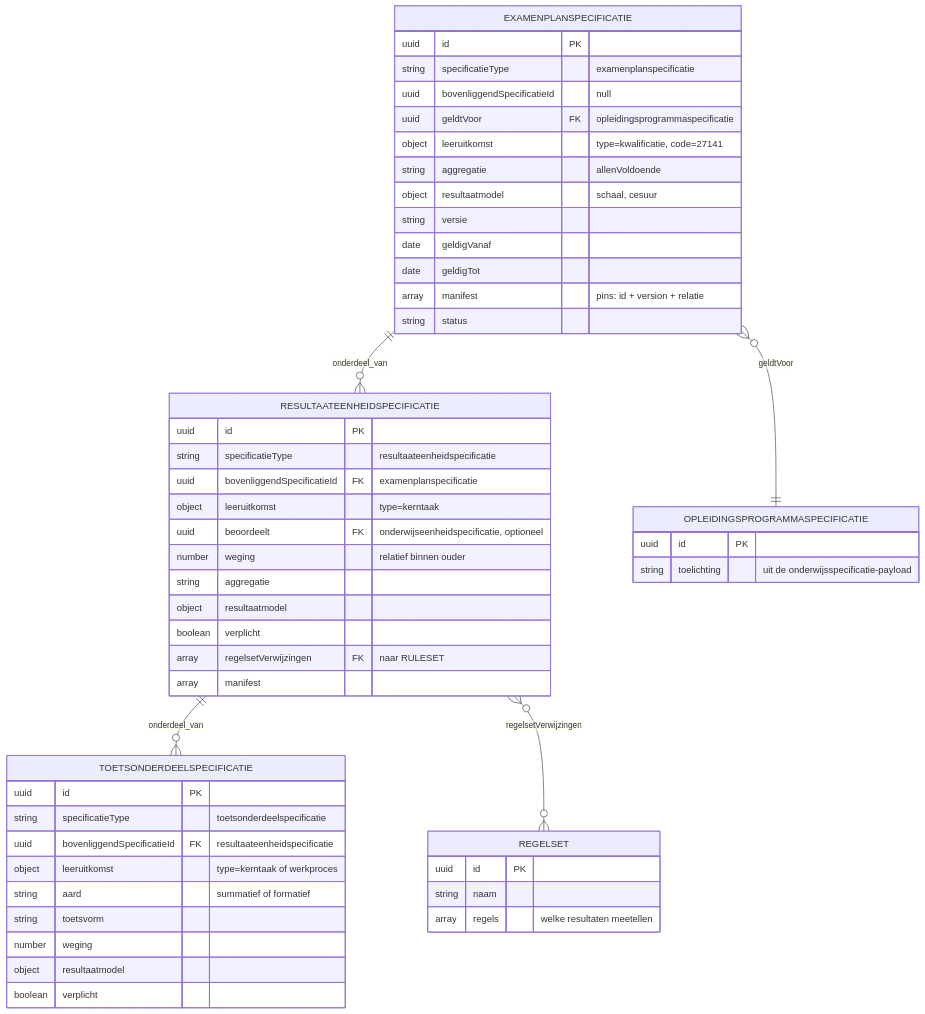
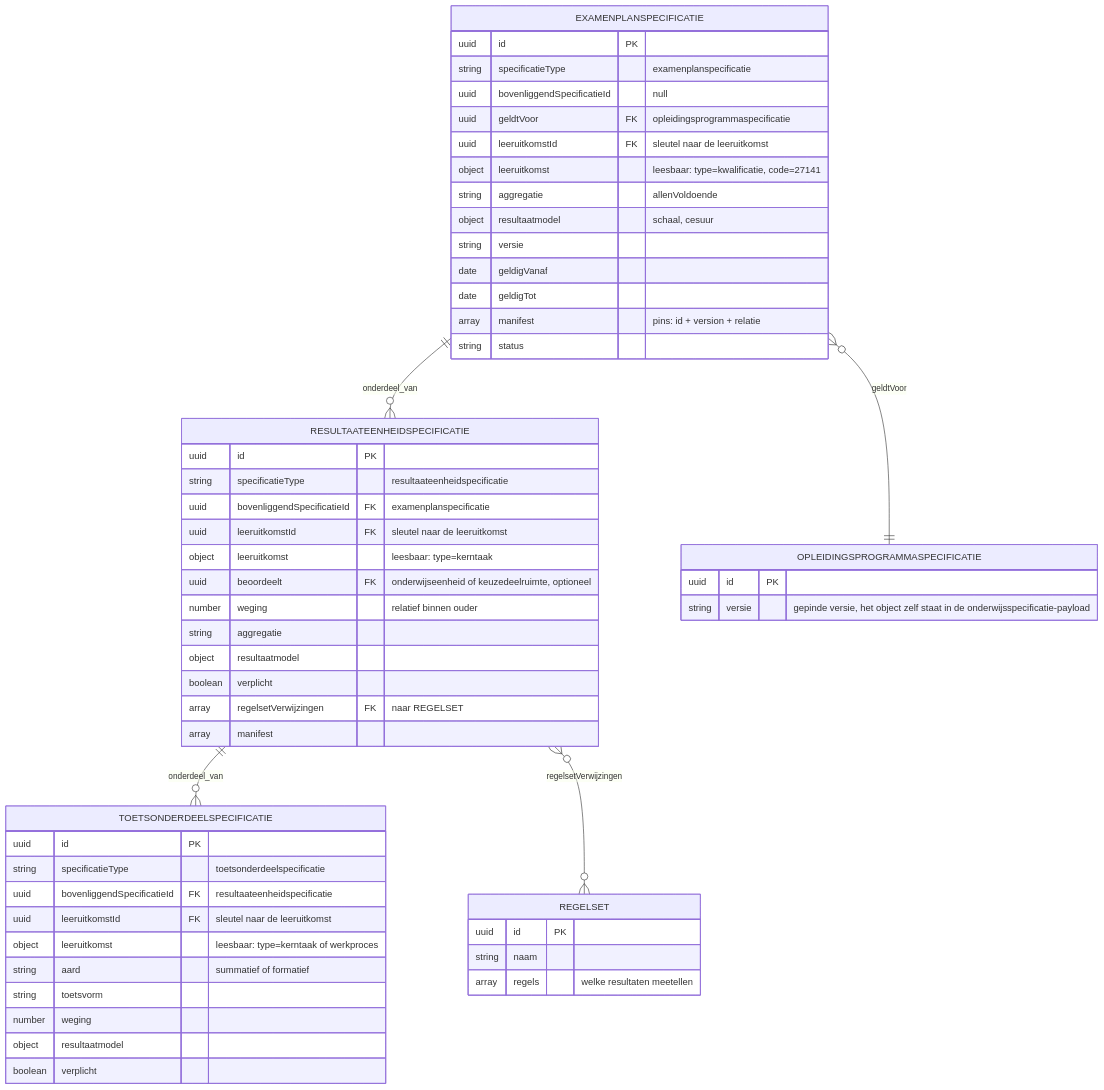
One commit to Npuls-OKx/meta changed the second of 2 diagrams in architecture/agent-artifacts/design-docs/koppelingspecificaties/oc-sis-krs-svs/20260720_0831_okx-lr1-resultaatstructuur-examenplan.md. Above: the diagram before and after it, drawn with Mermaid. The commit also changed other lines of this file and 12 other files, not shown here.

````diff
--- a/architecture/agent-artifacts/design-docs/koppelingspecificaties/oc-sis-krs-svs/20260720_0831_okx-lr1-resultaatstructuur-examenplan.md
+++ b/architecture/agent-artifacts/design-docs/koppelingspecificaties/oc-sis-krs-svs/20260720_0831_okx-lr1-resultaatstructuur-examenplan.md
@@ -88,55 +88,58 @@
 ```mermaid
 erDiagram
     EXAMENPLANSPECIFICATIE ||--o{ RESULTAATEENHEIDSPECIFICATIE : onderdeel_van
     RESULTAATEENHEIDSPECIFICATIE ||--o{ TOETSONDERDEELSPECIFICATIE : onderdeel_van
     EXAMENPLANSPECIFICATIE }o--|| OPLEIDINGSPROGRAMMASPECIFICATIE : geldtVoor
     RESULTAATEENHEIDSPECIFICATIE }o--o{ REGELSET : regelsetVerwijzingen
 
     EXAMENPLANSPECIFICATIE {
         uuid id PK
         string specificatieType "examenplanspecificatie"
         uuid bovenliggendSpecificatieId "null"
         uuid geldtVoor FK "opleidingsprogrammaspecificatie"
-        object leeruitkomst "type=kwalificatie, code=27141"
+        uuid leeruitkomstId FK "sleutel naar de leeruitkomst"
+        object leeruitkomst "leesbaar: type=kwalificatie, code=27141"
         string aggregatie "allenVoldoende"
         object resultaatmodel "schaal, cesuur"
         string versie
         date geldigVanaf
         date geldigTot
         array manifest "pins: id + version + relatie"
         string status
     }
     RESULTAATEENHEIDSPECIFICATIE {
         uuid id PK
         string specificatieType "resultaateenheidspecificatie"
         uuid bovenliggendSpecificatieId FK "examenplanspecificatie"
-        object leeruitkomst "type=kerntaak"
-        uuid beoordeelt FK "onderwijseenheidspecificatie, optioneel"
+        uuid leeruitkomstId FK "sleutel naar de leeruitkomst"
+        object leeruitkomst "leesbaar: type=kerntaak"
+        uuid beoordeelt FK "onderwijseenheid of keuzedeelruimte, optioneel"
         number weging "relatief binnen ouder"
         string aggregatie
         object resultaatmodel
         boolean verplicht
-        array regelsetVerwijzingen FK "naar RULESET"
+        array regelsetVerwijzingen FK "naar REGELSET"
         array manifest
     }
     TOETSONDERDEELSPECIFICATIE {
         uuid id PK
         string specificatieType "toetsonderdeelspecificatie"
         uuid bovenliggendSpecificatieId FK "resultaateenheidspecificatie"
-        object leeruitkomst "type=kerntaak of werkproces"
+        uuid leeruitkomstId FK "sleutel naar de leeruitkomst"
+        object leeruitkomst "leesbaar: type=kerntaak of werkproces"
         string aard "summatief of formatief"
         string toetsvorm
         number weging
         object resultaatmodel
         boolean verplicht
     }
     REGELSET {
         uuid id PK
         string naam
         array regels "welke resultaten meetellen"
     }
     OPLEIDINGSPROGRAMMASPECIFICATIE {
         uuid id PK
-        string toelichting "uit de onderwijsspecificatie-payload"
+        string versie "gepinde versie, het object zelf staat in de onderwijsspecificatie-payload"
     }
 ```
````
